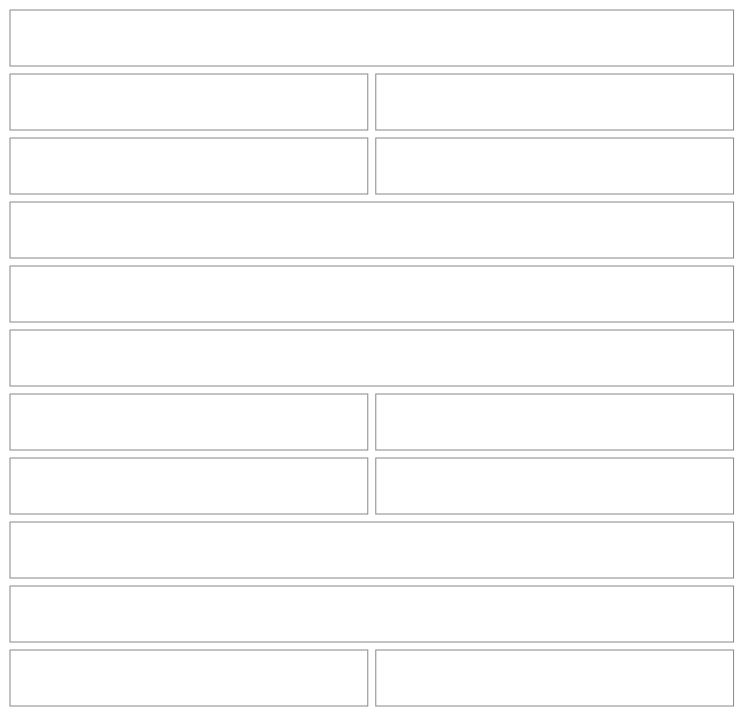
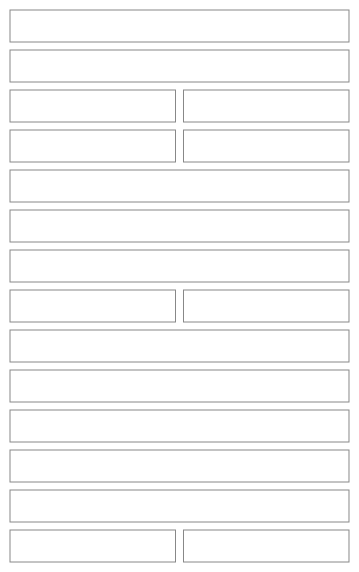
Before and after one commit to NovaMoonX/moondreams-dev-apps: diagram 11 of 27 in src/apps/pinch/UX.md, drawn with Mermaid. The commit also changed other lines of this file and 56 other files, not shown here.

````diff
--- a/src/apps/pinch/UX.md
+++ b/src/apps/pinch/UX.md
@@ -332,37 +358,41 @@
 ```mermaid
 %%{init: {'theme': 'base', 'themeVariables': {'primaryColor': 'transparent', 'primaryBorderColor': '#888888', 'primaryTextColor': '#333333', 'lineColor': '#888888'}}}%%
 block-beta
   columns 2
-  E1["‹ Recipe"]:2
-  E2["📷 Have a recipe on paper or a screenshot?"]:1
-  E3["Upload"]:1
-  E4["📝 Copied one from a chat?"]:1
-  E5["Paste"]:1
-  E6["Title<br/>Adobo chicken"]:2
-  E7["Servings<br/>[ − 4 + ]"]:2
-  E8["Ingredients"]:2
-  E9["🍗 Chicken thighs"]:1
-  E10["2 lb"]:1
-  E11["🥫 Soy sauce"]:1
-  E12["¼ cup"]:1
-  E13["+ Add ingredient"]:2
-  E14["+ Steps   + Description   + Times   + Cover photo   + My own nutrition"]:2
-  E15["Cancel"]:1
-  E16["Save"]:1
+  E1["‹ Adobo chicken"]:2
+  E2["Title"]:2
+  E3["Servings"]:1
+  E4["[ − 4 + ]"]:1
+  E5["Prep (min)"]:1
+  E6["Cook (min)"]:1
+  E7["Photo"]:2
+  E8["Description"]:2
+  E9["INGREDIENTS 6"]:2
+  E10["Chicken thighs"]:1
+  E11["2 lb"]:1
+  E12["+ Add ingredient"]:2
+  E13["STEPS"]:2
+  E14["+ Add a step"]:2
+  E15["NUTRITION · calculated, per serving   Edit"]:2
+  E16["🔥 495 · 💪 61g · 🌾 3g · 🥑 25g"]:2
+  E17["Cancel"]:1
+  E18["Save"]:1
   style E1 fill:transparent,stroke:#888888,stroke-width:1px;
   style E2 fill:transparent,stroke:#888888,stroke-width:1px;
   style E3 fill:transparent,stroke:#888888,stroke-width:1px;
   style E4 fill:transparent,stroke:#888888,stroke-width:1px;
   style E5 fill:transparent,stroke:#888888,stroke-width:1px;
   style E6 fill:transparent,stroke:#888888,stroke-width:1px;
   style E7 fill:transparent,stroke:#888888,stroke-width:1px;
   style E8 fill:transparent,stroke:#888888,stroke-width:1px;
   style E9 fill:transparent,stroke:#888888,stroke-width:1px;
   style E10 fill:transparent,stroke:#888888,stroke-width:1px;
   style E11 fill:transparent,stroke:#888888,stroke-width:1px;
   style E12 fill:transparent,stroke:#888888,stroke-width:1px;
   style E13 fill:transparent,stroke:#888888,stroke-width:1px;
   style E14 fill:transparent,stroke:#888888,stroke-width:1px;
   style E15 fill:transparent,stroke:#888888,stroke-width:1px;
   style E16 fill:transparent,stroke:#888888,stroke-width:1px;
+  style E17 fill:transparent,stroke:#888888,stroke-width:1px;
+  style E18 fill:transparent,stroke:#888888,stroke-width:1px;
 ```
````
